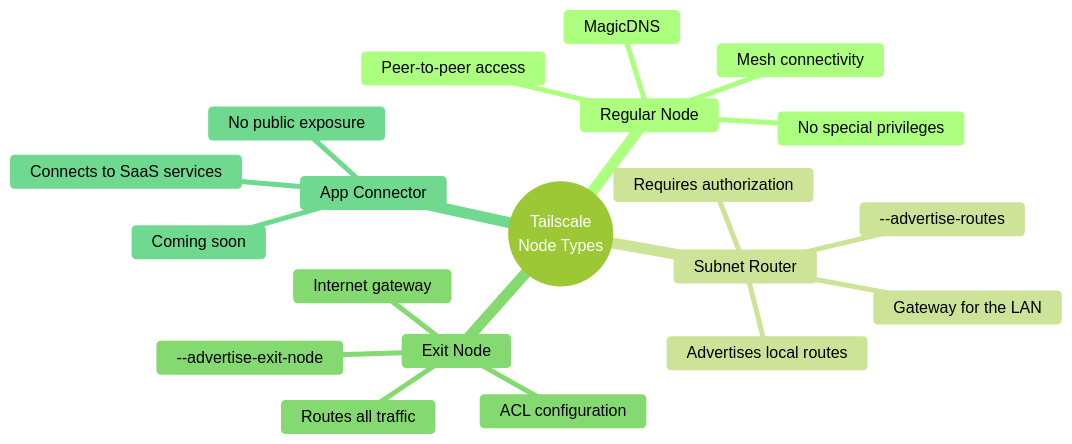
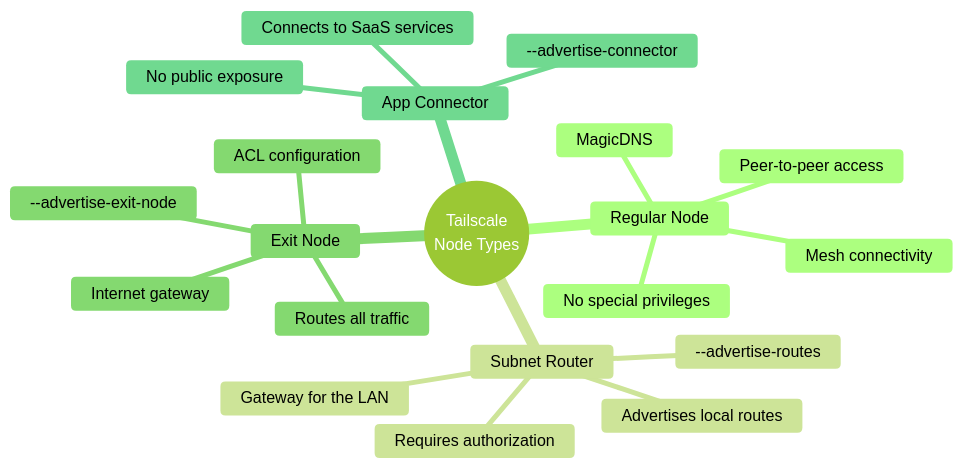
Before and after one commit to rasty94/Frikiteam-docs: the second of 2 diagrams in docs/en/doc/networking/tailscale.md, drawn with Mermaid (forest theme). The commit also changed other lines of this file and 14 other files, not shown here.

````diff
--- a/docs/en/doc/networking/tailscale.md
+++ b/docs/en/doc/networking/tailscale.md
@@ -67,23 +67,23 @@
 ```mermaid
 mindmap
   root((Tailscale<br/>Node Types))
     Regular Node
       Mesh connectivity
       Peer-to-peer access
       MagicDNS
       No special privileges
     Subnet Router
       Advertises local routes
       --advertise-routes
       Gateway for the LAN
       Requires authorization
     Exit Node
       --advertise-exit-node
       Internet gateway
       Routes all traffic
       ACL configuration
     App Connector
-      Coming soon
+      --advertise-connector
       Connects to SaaS services
       No public exposure
 ```
````
